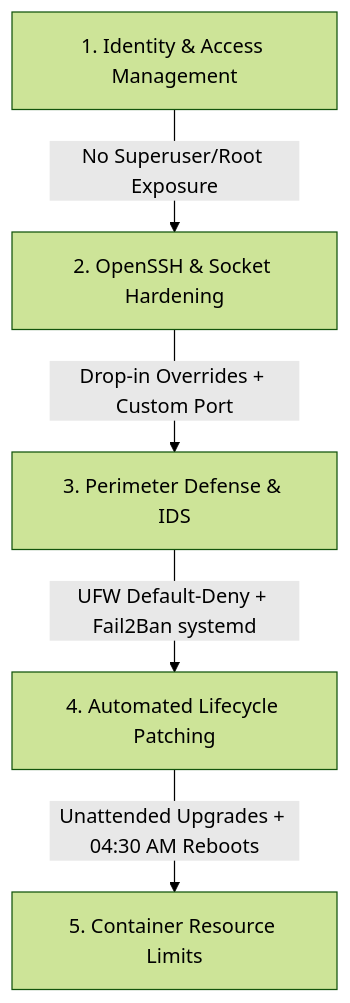
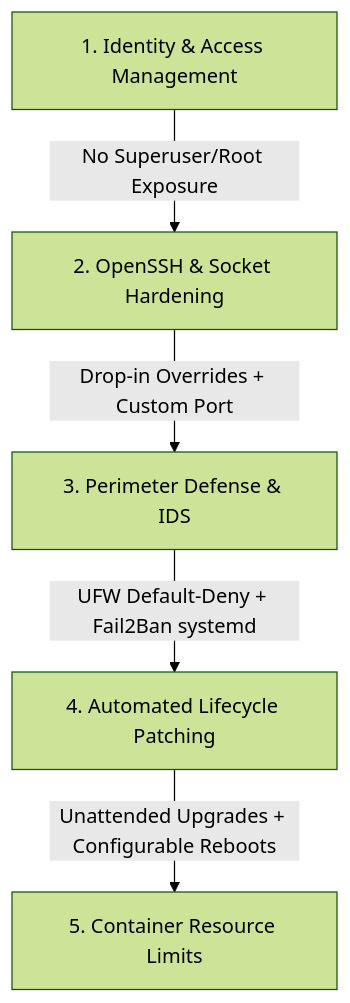
Before and after one commit to AdmilsonGoncalves/vps-hardening: the diagram in README.md, drawn with Mermaid (forest theme). The commit also changed other lines of this file and 4 other files, not shown here.

````diff
--- a/README.md
+++ b/README.md
@@ -12,7 +12,7 @@
 ```mermaid
 graph TD
     Subgraph1[1. Identity & Access Management] -->|No Superuser/Root Exposure| Subgraph2[2. OpenSSH & Socket Hardening]
     Subgraph2 -->|Drop-in Overrides + Custom Port| Subgraph3[3. Perimeter Defense & IDS]
     Subgraph3 -->|UFW Default-Deny + Fail2Ban systemd| Subgraph4[4. Automated Lifecycle Patching]
-    Subgraph4 -->|Unattended Upgrades + 04:30 AM Reboots| Subgraph5[5. Container Resource Limits]
+    Subgraph4 -->|Unattended Upgrades + Configurable Reboots| Subgraph5[5. Container Resource Limits]
 ```
````
